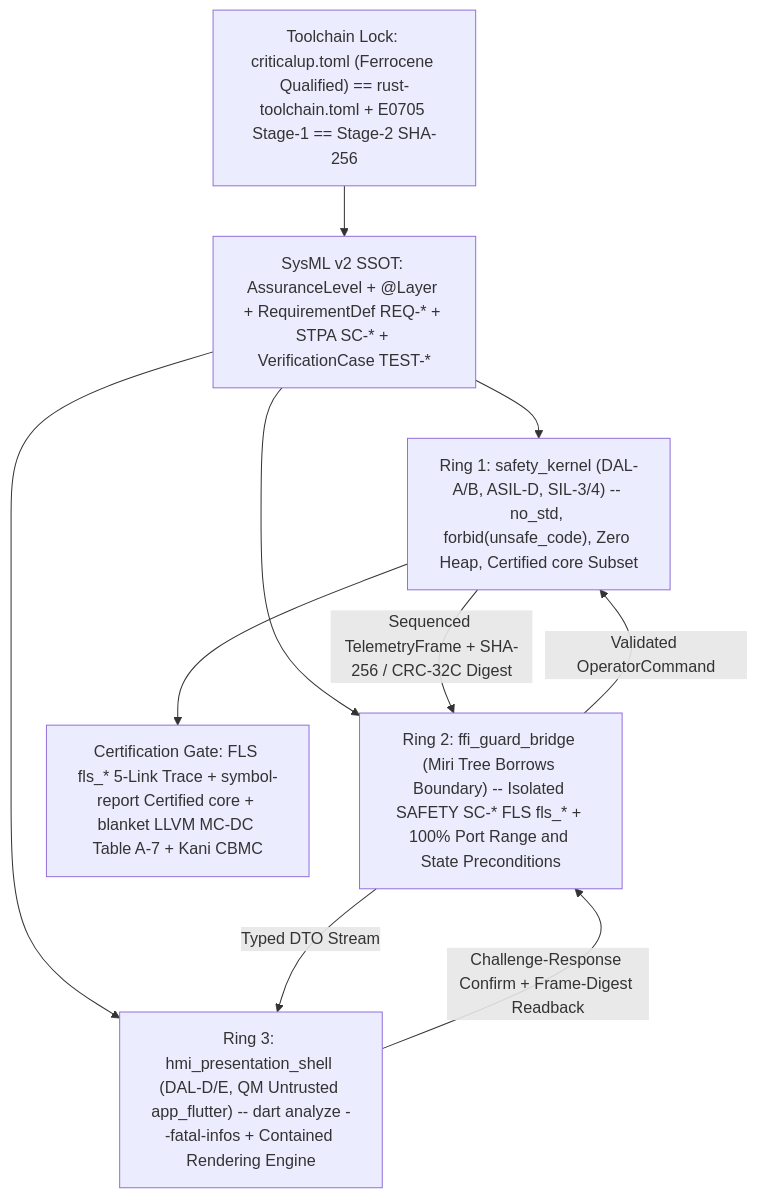
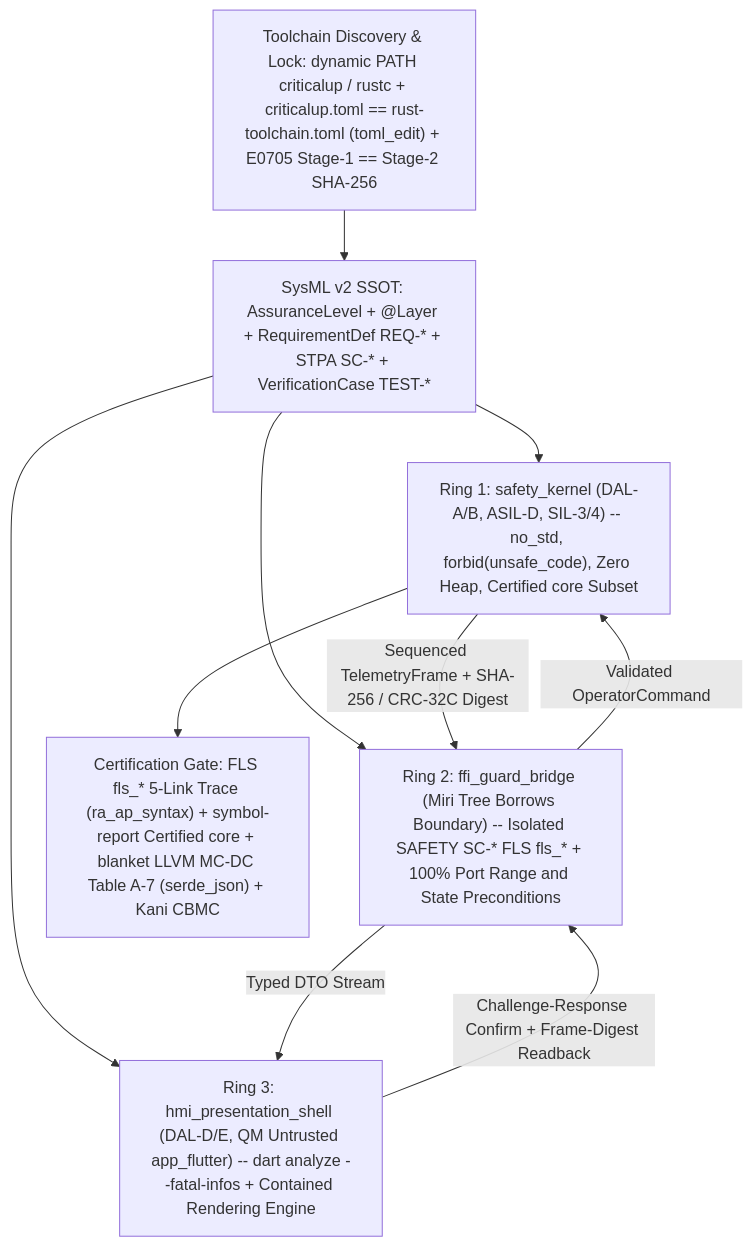
The third of 4 diagrams in docs/designs/blueprint-11-ferrocene-do178c-do330-3ring-certification-architecture.md (gintatkinson/DEAP01-spec-core), drawn with Mermaid before and after one commit. The commit also changed other lines of this file and 2 other files, not shown here.

Commit message:
docs(blueprints): refactor BP-11 onto multi-platform Ferrocene 3-Ring certification architecture

````diff
--- a/docs/designs/blueprint-11-ferrocene-do178c-do330-3ring-certification-architecture.md
+++ b/docs/designs/blueprint-11-ferrocene-do178c-do330-3ring-certification-architecture.md
@@ -152,12 +157,12 @@
 ```mermaid
 flowchart TD
-    A["Toolchain Lock: criticalup.toml (Ferrocene Qualified) == rust-toolchain.toml + E0705 Stage-1 == Stage-2 SHA-256"] --> B["SysML v2 SSOT: AssuranceLevel + @Layer + RequirementDef REQ-* + STPA SC-* + VerificationCase TEST-*"]
+    A["Toolchain Discovery & Lock: dynamic PATH criticalup / rustc + criticalup.toml == rust-toolchain.toml (toml_edit) + E0705 Stage-1 == Stage-2 SHA-256"] --> B["SysML v2 SSOT: AssuranceLevel + @Layer + RequirementDef REQ-* + STPA SC-* + VerificationCase TEST-*"]
     B --> C["Ring 1: safety_kernel (DAL-A/B, ASIL-D, SIL-3/4) -- no_std, forbid(unsafe_code), Zero Heap, Certified core Subset"]
     B --> D["Ring 2: ffi_guard_bridge (Miri Tree Borrows Boundary) -- Isolated SAFETY SC-* FLS fls_* + 100% Port Range and State Preconditions"]
     B --> E["Ring 3: hmi_presentation_shell (DAL-D/E, QM Untrusted app_flutter) -- dart analyze --fatal-infos + Contained Rendering Engine"]
     D -->|"Validated OperatorCommand"| C
     C -->|"Sequenced TelemetryFrame + SHA-256 / CRC-32C Digest"| D
     D -->|"Typed DTO Stream"| E
     E -->|"Challenge-Response Confirm + Frame-Digest Readback"| D
-    C --> F["Certification Gate: FLS fls_* 5-Link Trace + symbol-report Certified core + blanket LLVM MC-DC Table A-7 + Kani CBMC"]
+    C --> F["Certification Gate: FLS fls_* 5-Link Trace (ra_ap_syntax) + symbol-report Certified core + blanket LLVM MC-DC Table A-7 (serde_json) + Kani CBMC"]
 ```
````
